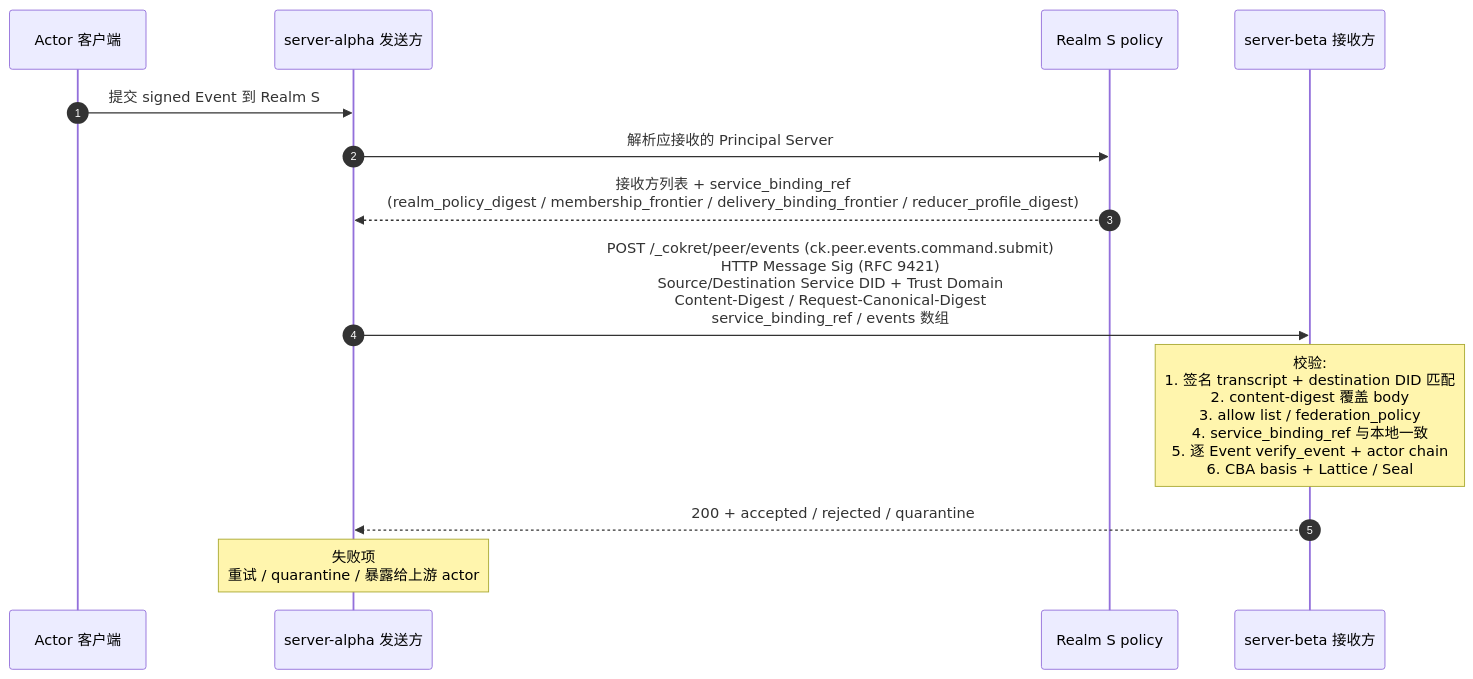
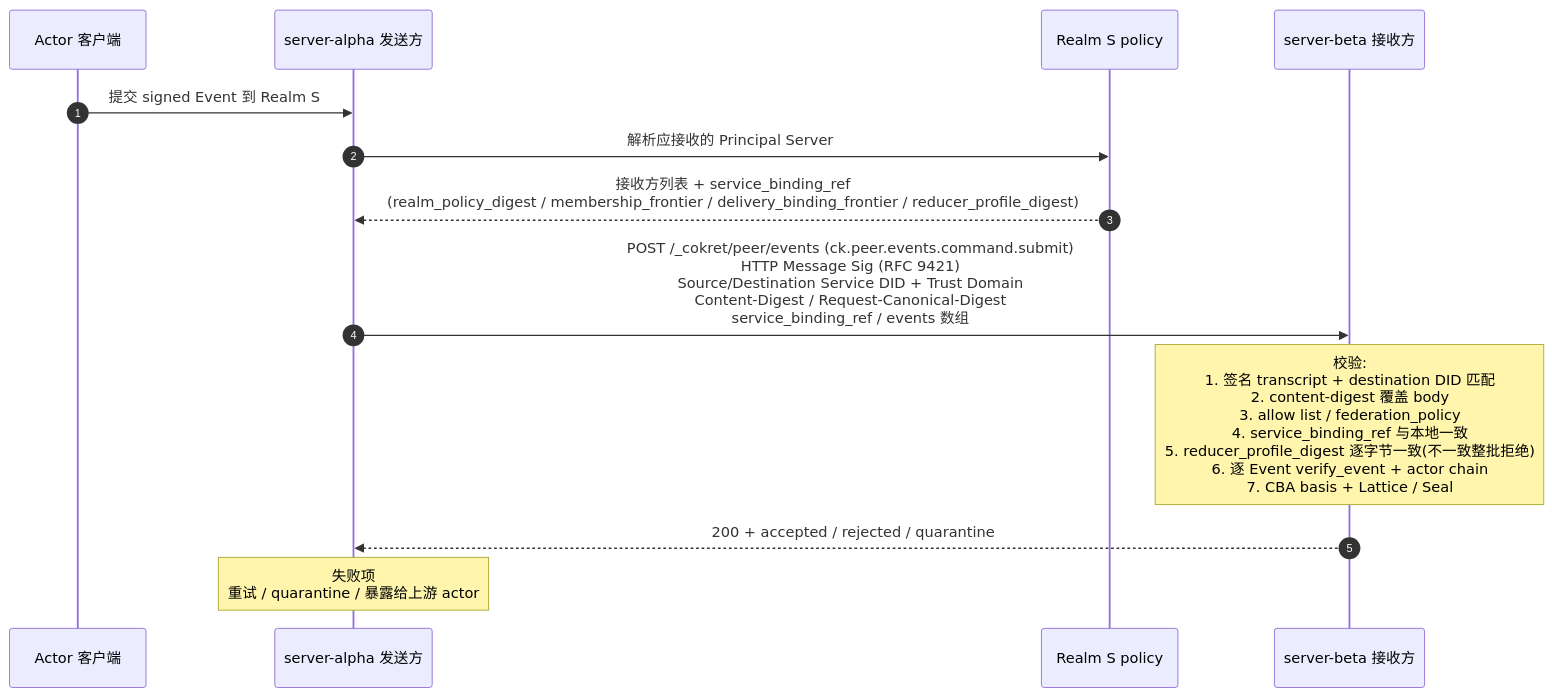
Before and after one commit to arkret-org/arkret-spec: the diagram in spec/v1/zh/sync/federation.md, drawn with Mermaid. The commit also changed other lines of this file and 42 other files, not shown here.

First line of the commit message:
feat: Update Morph and Private Objects specifications for schema evolution and authorization

````diff
--- a/spec/v1/zh/sync/federation.md
+++ b/spec/v1/zh/sync/federation.md
@@ -404,16 +415,16 @@
 ```mermaid
 sequenceDiagram
     autonumber
     participant Cli as Actor 客户端
     participant Alpha as server-alpha 发送方
     participant Pol as Realm S policy
     participant Beta as server-beta 接收方
 
     Cli->>Alpha: 提交 signed Event 到 Realm S
     Alpha->>Pol: 解析应接收的 Principal Server
     Pol-->>Alpha: 接收方列表 + service_binding_ref<br>(realm_policy_digest / membership_frontier / delivery_binding_frontier / reducer_profile_digest)
     Alpha->>Beta: POST /_cokret/peer/events (ck.peer.events.command.submit)<br>HTTP Message Sig (RFC 9421)<br>Source/Destination Service DID + Trust Domain<br>Content-Digest / Request-Canonical-Digest<br>service_binding_ref / events 数组
-    note over Beta: 校验:<br>1. 签名 transcript + destination DID 匹配<br>2. content-digest 覆盖 body<br>3. allow list / federation_policy<br>4. service_binding_ref 与本地一致<br>5. 逐 Event verify_event + actor chain<br>6. CBA basis + Lattice / Seal
+    note over Beta: 校验:<br>1. 签名 transcript + destination DID 匹配<br>2. content-digest 覆盖 body<br>3. allow list / federation_policy<br>4. service_binding_ref 与本地一致<br>5. reducer_profile_digest 逐字节一致(不一致整批拒绝)<br>6. 逐 Event verify_event + actor chain<br>7. CBA basis + Lattice / Seal
     Beta-->>Alpha: 200 + accepted / rejected / quarantine
     note over Alpha: 失败项<br>重试 / quarantine / 暴露给上游 actor
 ```
````
